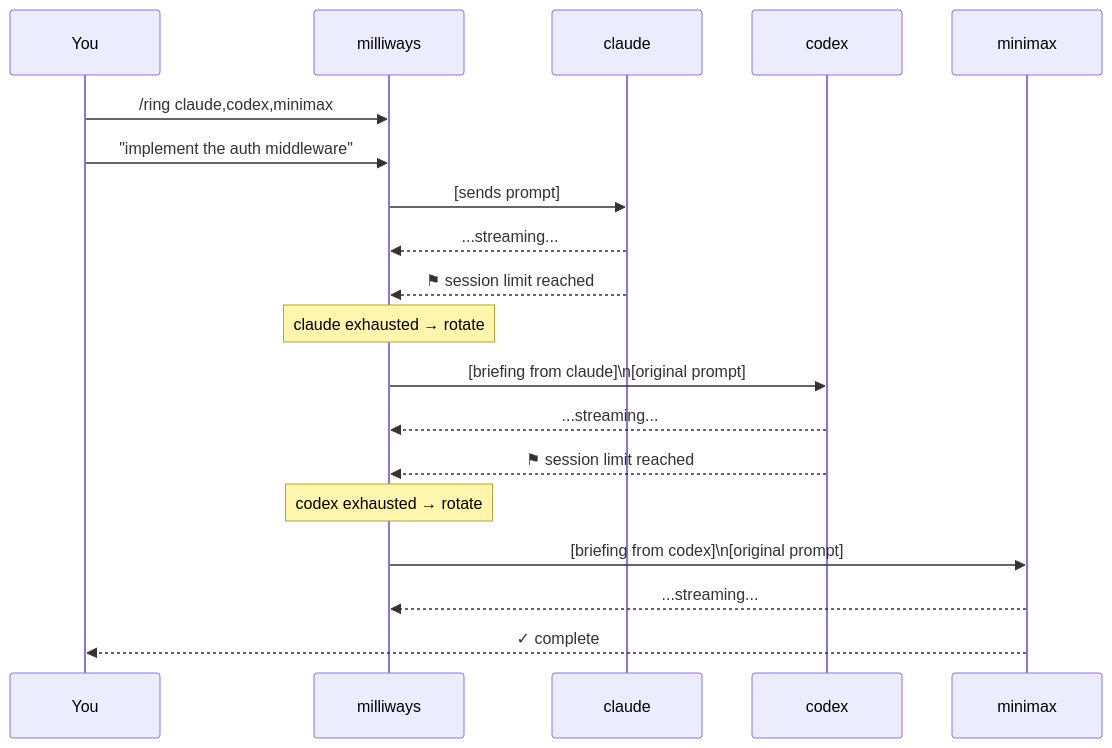
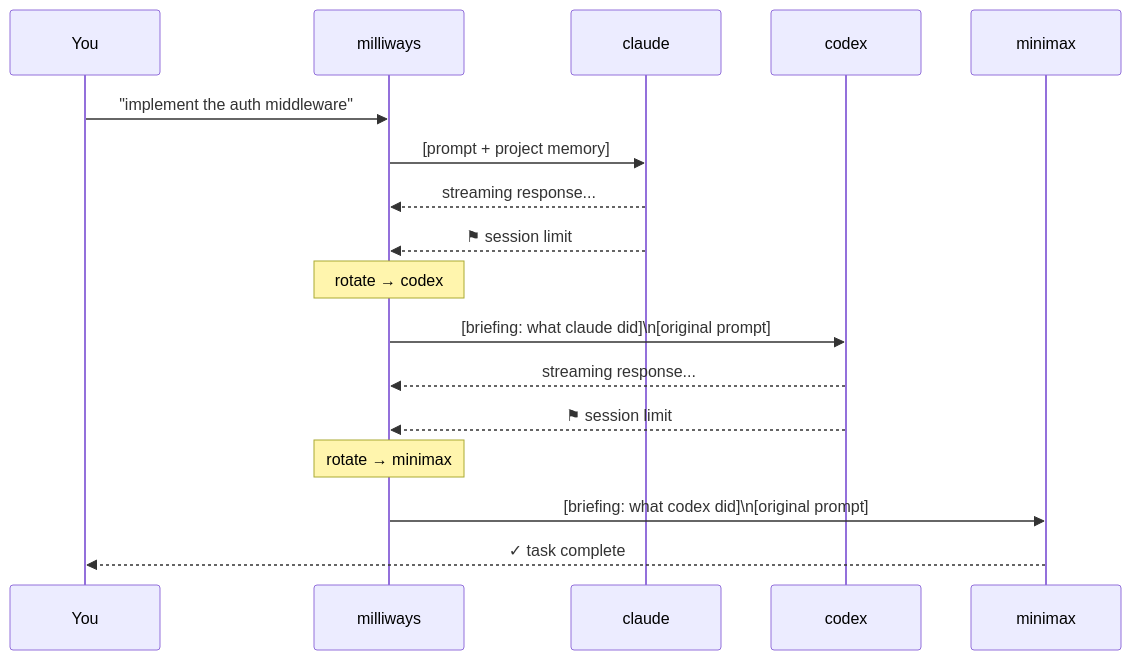
The third of 3 diagrams in docs/milliways-blog.md (mwigge/milliways), drawn with Mermaid before and after one commit. The commit also changed other lines of this file, not shown here.

````diff
--- a/docs/milliways-blog.md
+++ b/docs/milliways-blog.md
@@ -89,24 +95,22 @@
 ```mermaid
 sequenceDiagram
     participant You
     participant MW as milliways
     participant C as claude
     participant X as codex
     participant M as minimax
 
-    You->>MW: /ring claude,codex,minimax
     You->>MW: "implement the auth middleware"
-    MW->>C: [sends prompt]
-    C-->>MW: ...streaming...
-    C-->>MW: ⚑ session limit reached
+    MW->>C: [prompt + project memory]
+    C-->>MW: streaming response...
+    C-->>MW: ⚑ session limit
 
-    Note over MW: claude exhausted → rotate
-    MW->>X: [briefing from claude]\n[original prompt]
-    X-->>MW: ...streaming...
-    X-->>MW: ⚑ session limit reached
+    Note over MW: rotate → codex
+    MW->>X: [briefing: what claude did]\n[original prompt]
+    X-->>MW: streaming response...
+    X-->>MW: ⚑ session limit
 
-    Note over MW: codex exhausted → rotate
-    MW->>M: [briefing from codex]\n[original prompt]
-    M-->>MW: ...streaming...
-    M-->>You: ✓ complete
+    Note over MW: rotate → minimax
+    MW->>M: [briefing: what codex did]\n[original prompt]
+    M-->>You: ✓ task complete
 ```
````
